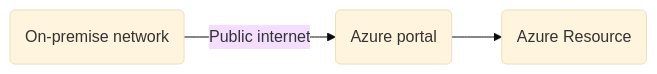
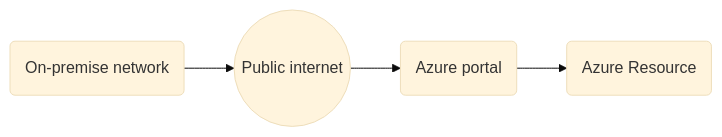
The first of 2 diagrams in Cloud - Azure/Azure Virtual Networks/ExpressRoute.md (bigtoga/Examples), drawn with Mermaid (base theme) before and after one commit.

````diff
--- a/Cloud - Azure/Azure Virtual Networks/ExpressRoute.md
+++ b/Cloud - Azure/Azure Virtual Networks/ExpressRoute.md
@@ -20,4 +20,4 @@
 ```mermaid
 graph LR
-    A(On-premise network) -- Public internet --> C(Azure portal) --> D(Azure Resource)
+    A(On-premise network) --> B((Public internet)) --> C(Azure portal) --> D(Azure Resource)
 ```    
````
